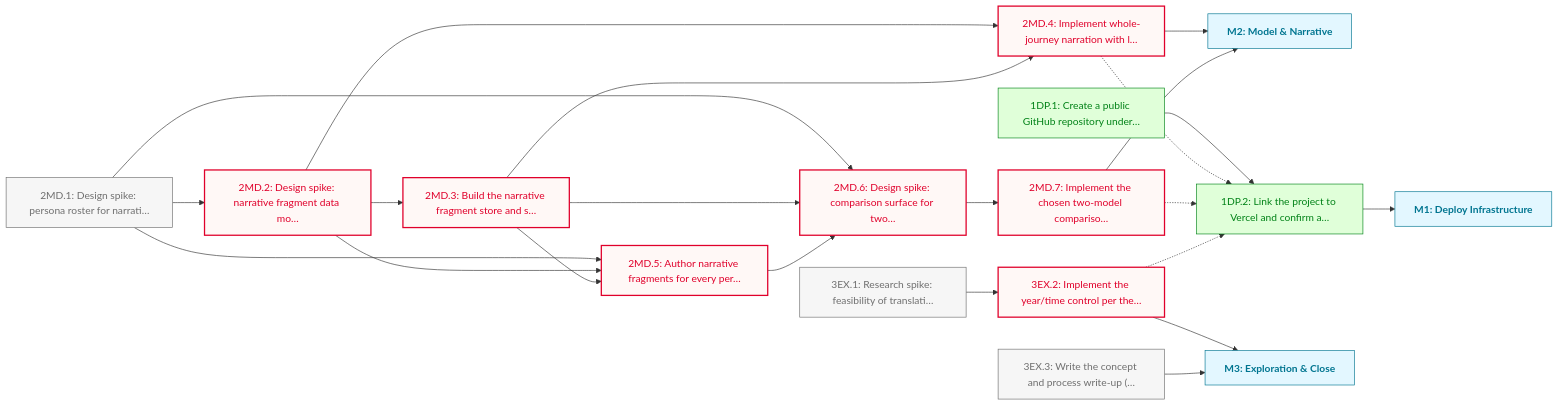
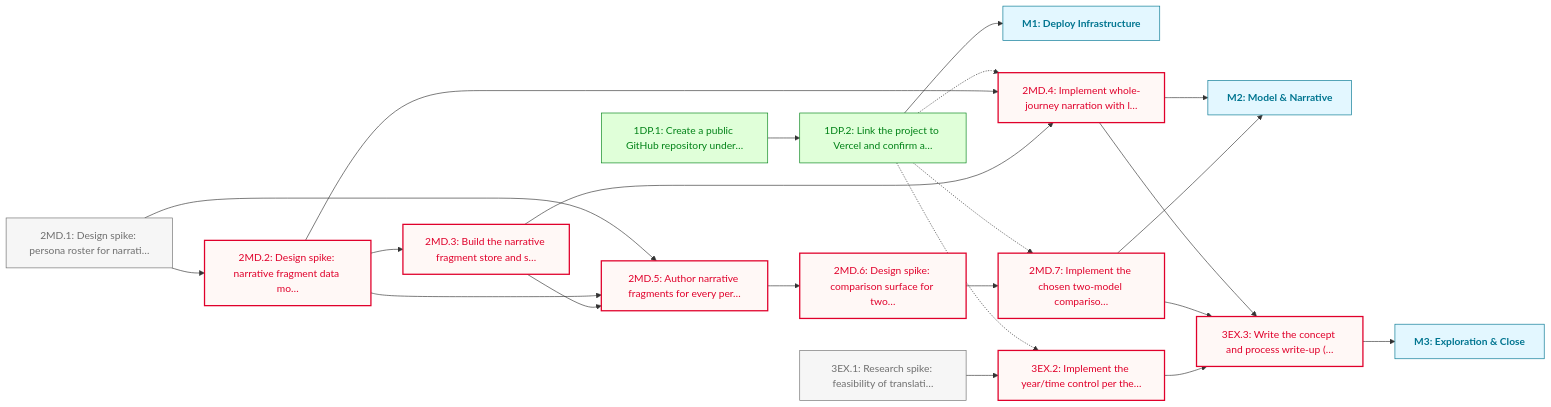
One commit to JasonWarrenUK/reach changed the diagram in docs/roadmaps/PHASE_1.md. Above: the diagram before and after it, drawn with Mermaid. The commit also changed other lines of this file and 3 other files, not shown here.

Commit message:
docs: update roadmap

````diff
--- a/docs/roadmaps/PHASE_1.md
+++ b/docs/roadmaps/PHASE_1.md
@@ -50,50 +50,50 @@
 ```mermaid
 graph LR
 	classDef todo fill:#f6f6f6,stroke:#6f6f6f,color:#6f6f6f
 	classDef blocked fill:#fff8f6,stroke:#e0002b,color:#e0002b,stroke-width:2px
 	classDef paused fill:#fdf4ff,stroke:#b01fe3,color:#b01fe3,stroke-dasharray:4 3
 	classDef deferred fill:#fff8f3,stroke:#ac5c00,color:#ac5c00,stroke-dasharray:2 4,font-style:italic
 	classDef done fill:#e0ffd9,stroke:#008217,color:#008217
 	classDef outOfScope fill:#f6f6f6,stroke:#e2e2e2,color:#e2e2e2,stroke-dasharray:2 2
 	classDef mile fill:#e3f7ff,stroke:#007590,color:#007590,font-weight:bold
 	classDef external fill:#fff9e5,stroke:#7d6f00,color:#7d6f00,stroke-dasharray:4 3,font-style:italic
 	1DP.1["1DP.1: Create a public GitHub repository under…"]
+	1DP.2["1DP.2: Link the project to Vercel and confirm a…"]
+	M1["M1: Deploy Infrastructure"]:::mile
 	2MD.1["2MD.1: Design spike: persona roster for narrati…"]
 	2MD.2["2MD.2: Design spike: narrative fragment data mo…"]
 	2MD.3["2MD.3: Build the narrative fragment store and s…"]
 	2MD.4["2MD.4: Implement whole-journey narration with l…"]
 	2MD.5["2MD.5: Author narrative fragments for every per…"]
 	2MD.6["2MD.6: Design spike: comparison surface for two…"]
 	2MD.7["2MD.7: Implement the chosen two-model compariso…"]
 	M2["M2: Model & Narrative"]:::mile
 	3EX.1["3EX.1: Research spike: feasibility of translati…"]
 	3EX.2["3EX.2: Implement the year/time control per the…"]
-	1DP.2["1DP.2: Link the project to Vercel and confirm a…"]
-	M1["M1: Deploy Infrastructure"]:::mile
 	3EX.3["3EX.3: Write the concept and process write-up (…"]
 	M3["M3: Exploration & Close"]:::mile
 	1DP.1 --> 1DP.2
+	1DP.2 --> M1
+	1DP.2 -.-> 2MD.4
+	1DP.2 -.-> 2MD.7
+	1DP.2 -.-> 3EX.2
 	2MD.1 --> 2MD.2
 	2MD.1 --> 2MD.5
-	2MD.1 --> 2MD.6
 	2MD.2 --> 2MD.3
 	2MD.2 --> 2MD.4
 	2MD.2 --> 2MD.5
 	2MD.3 --> 2MD.4
 	2MD.3 --> 2MD.5
-	2MD.3 --> 2MD.6
 	2MD.4 --> M2
-	2MD.4 -.-> 1DP.2
+	2MD.4 --> 3EX.3
 	2MD.5 --> 2MD.6
 	2MD.6 --> 2MD.7
 	2MD.7 --> M2
-	2MD.7 -.-> 1DP.2
+	2MD.7 --> 3EX.3
 	3EX.1 --> 3EX.2
-	3EX.2 -.-> 1DP.2
-	3EX.2 --> M3
-	1DP.2 --> M1
+	3EX.2 --> 3EX.3
 	3EX.3 --> M3
-	class 2MD.1,3EX.1,3EX.3 todo
-	class 2MD.2,2MD.3,2MD.4,2MD.5,2MD.6,2MD.7,3EX.2 blocked
+	class 2MD.1,3EX.1 todo
+	class 2MD.2,2MD.3,2MD.4,2MD.5,2MD.6,2MD.7,3EX.2,3EX.3 blocked
 	class 1DP.1,1DP.2 done
 ```
````
